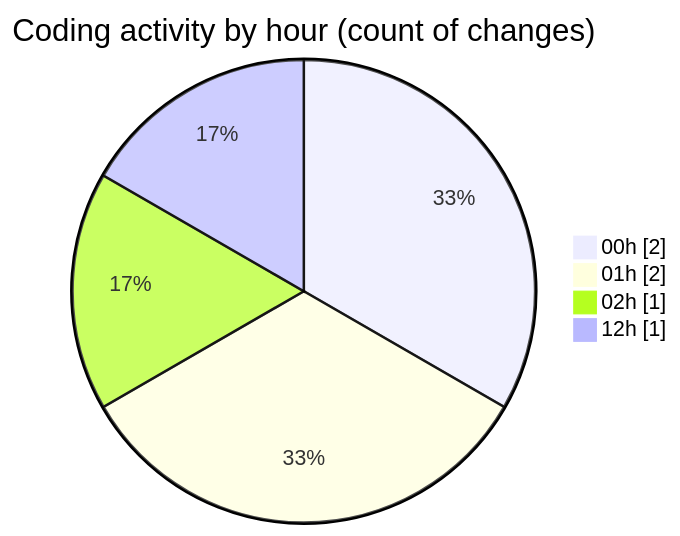
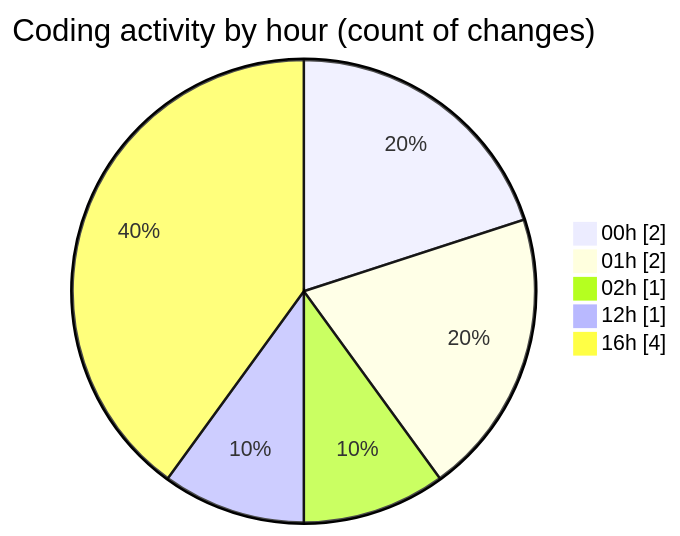
One commit to shibass792/code-tracking changed the second of 2 diagrams in 2026-07-09/twenty_versions_aminor/README.md. Above: the diagram before and after it, drawn with Mermaid. The commit also changed other lines of this file and 1 other file, not shown here.

````diff
--- a/2026-07-09/twenty_versions_aminor/README.md
+++ b/2026-07-09/twenty_versions_aminor/README.md
@@ -34,8 +35,9 @@
 ```mermaid
 pie showData
 title Coding activity by hour (count of changes)
 "00h" : 2
 "01h" : 2
 "02h" : 1
 "12h" : 1
+"16h" : 4
 ```
````
